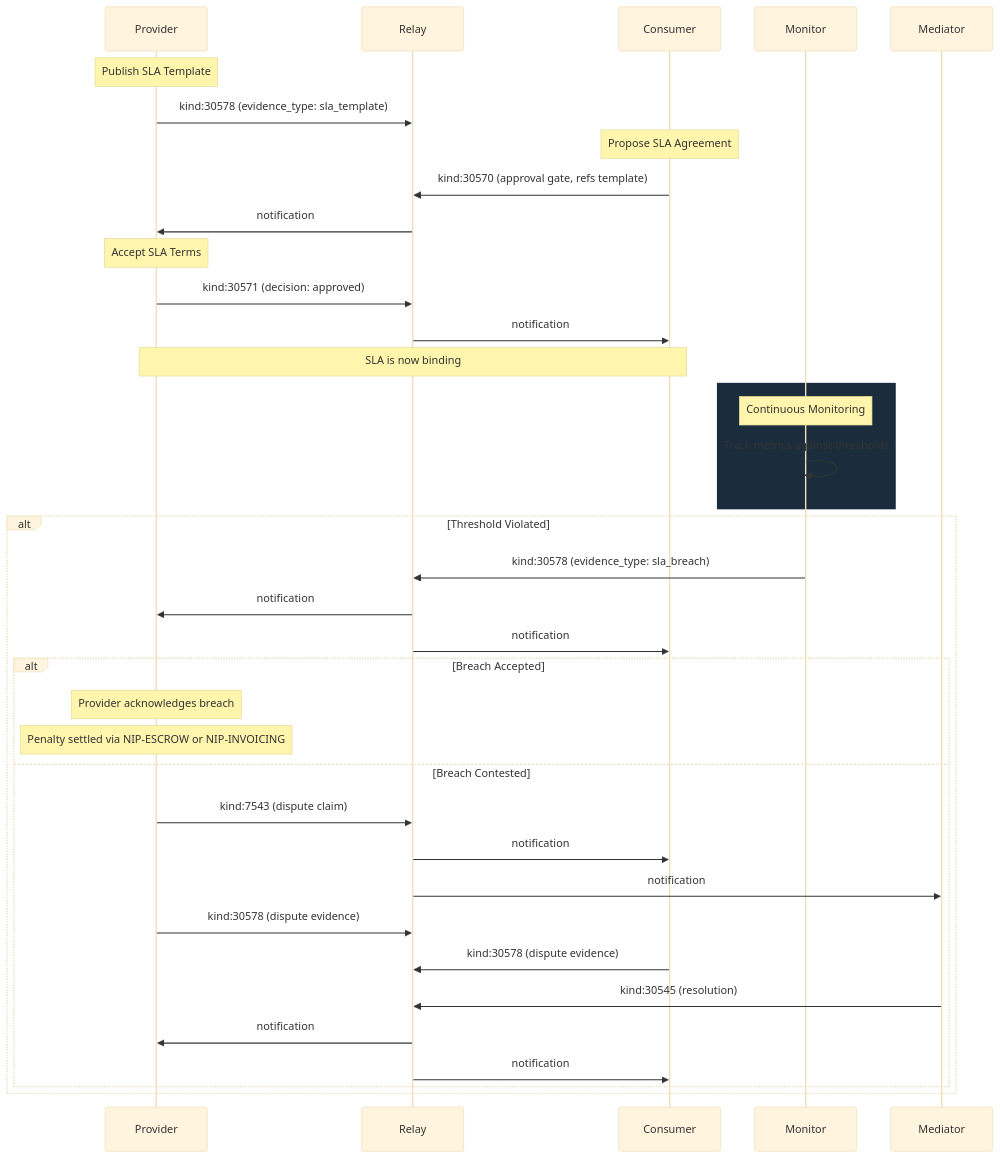
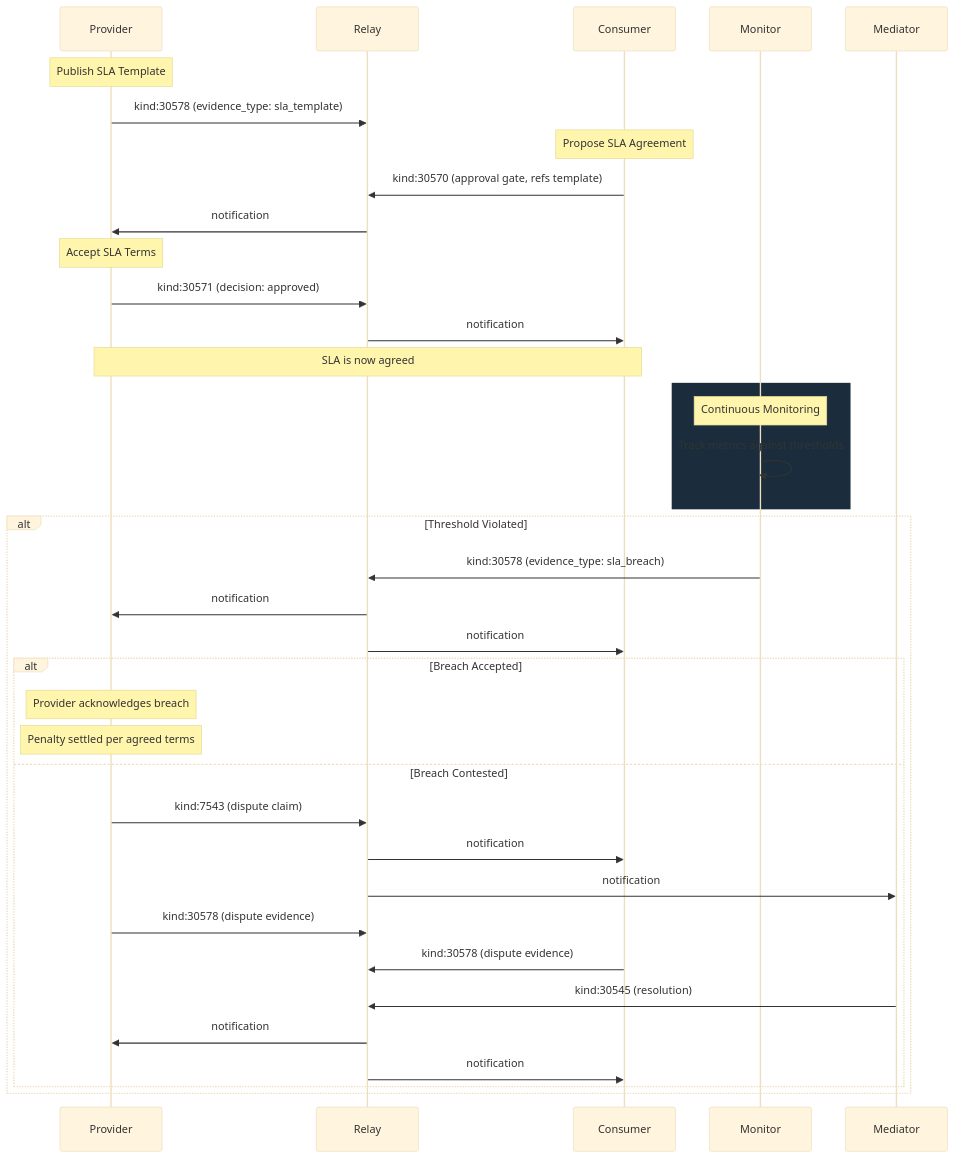
The diagram in nips/NIP-SLA.md (forgesworn/nip-drafts), drawn with Mermaid (base theme) before and after one commit. The commit also changed other lines of this file and 26 other files, not shown here.

````diff
--- a/nips/NIP-SLA.md
+++ b/nips/NIP-SLA.md
@@ -424,48 +554,48 @@
 ```mermaid
 sequenceDiagram
     participant Provider
     participant Relay
     participant Consumer
     participant Monitor
     participant Mediator
 
     Note over Provider: Publish SLA Template
     Provider->>Relay: kind:30578 (evidence_type: sla_template)
 
     Note over Consumer: Propose SLA Agreement
     Consumer->>Relay: kind:30570 (approval gate, refs template)
     Relay->>Provider: notification
 
     Note over Provider: Accept SLA Terms
     Provider->>Relay: kind:30571 (decision: approved)
     Relay->>Consumer: notification
 
-    Note over Provider,Consumer: SLA is now binding
+    Note over Provider,Consumer: SLA is now agreed
 
     rect rgb(27, 45, 61)
         Note over Monitor: Continuous Monitoring
         Monitor->>Monitor: Track metrics against thresholds
     end
 
     alt Threshold Violated
         Monitor->>Relay: kind:30578 (evidence_type: sla_breach)
         Relay->>Provider: notification
         Relay->>Consumer: notification
 
         alt Breach Accepted
             Note over Provider: Provider acknowledges breach
-            Note over Provider: Penalty settled via NIP-ESCROW or NIP-INVOICING
+            Note over Provider: Penalty settled per agreed terms
         else Breach Contested
             Provider->>Relay: kind:7543 (dispute claim)
             Relay->>Consumer: notification
             Relay->>Mediator: notification
 
             Provider->>Relay: kind:30578 (dispute evidence)
             Consumer->>Relay: kind:30578 (dispute evidence)
 
             Mediator->>Relay: kind:30545 (resolution)
             Relay->>Provider: notification
             Relay->>Consumer: notification
         end
     end
 ```
````
